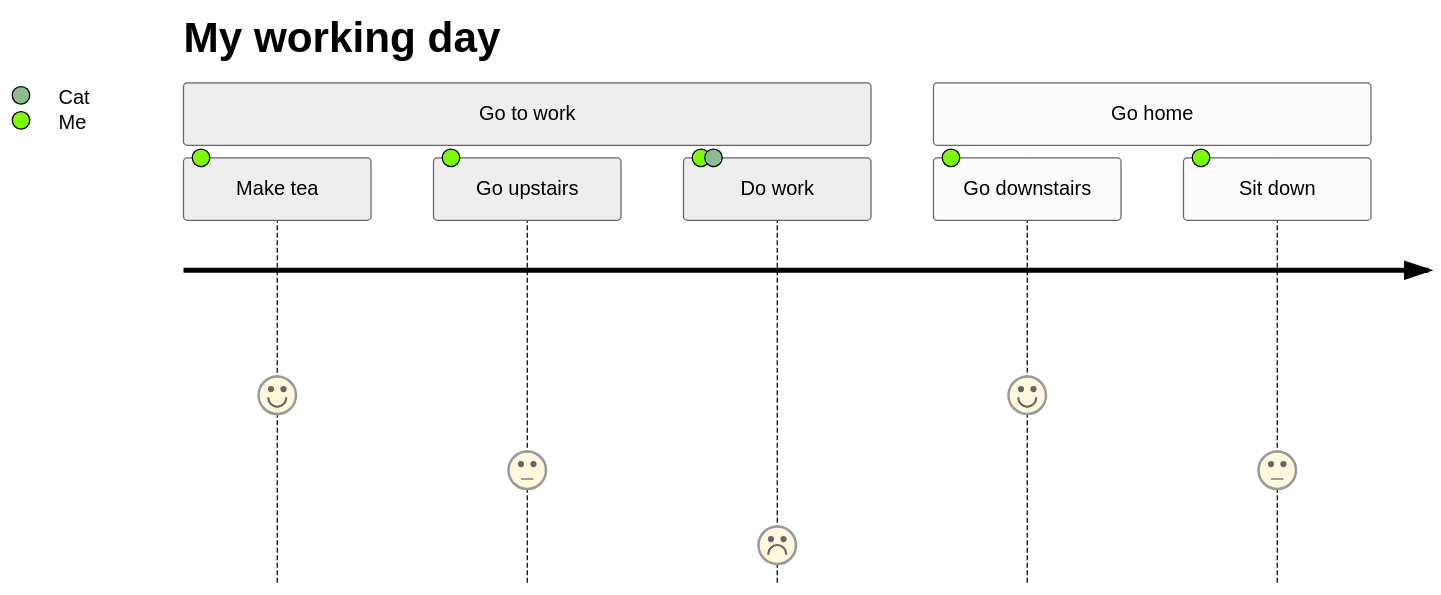
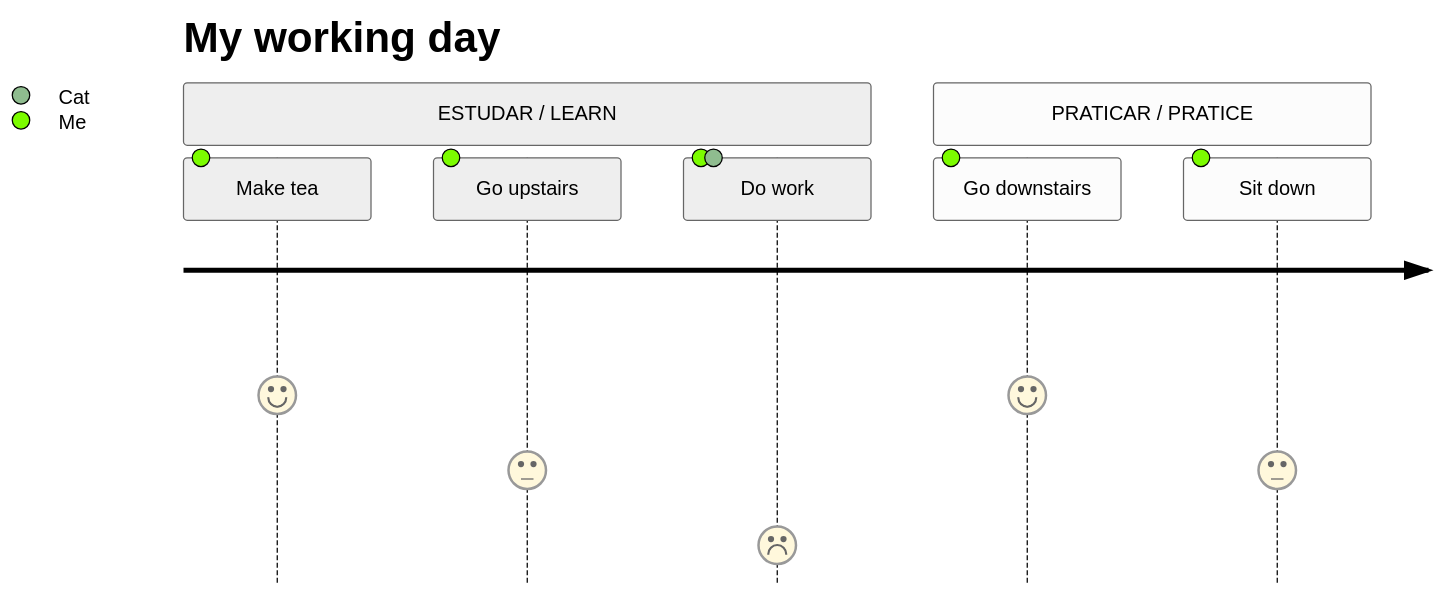
One commit to SauloCandeira/concursos changed the third of 3 diagrams in readme.md. Above: the diagram before and after it, drawn with Mermaid (neutral theme).

````diff
--- a/readme.md
+++ b/readme.md
@@ -52,11 +52,14 @@
 ```mermaid
   journey
     title My working day
-    section Go to work
+    
+    section ESTUDAR / LEARN
       Make tea: 5: Me
+      
       Go upstairs: 3: Me
       Do work: 1: Me, Cat
-    section Go home
+    
+    section PRATICAR / PRATICE
       Go downstairs: 5: Me
       Sit down: 3: Me
 ```
````
